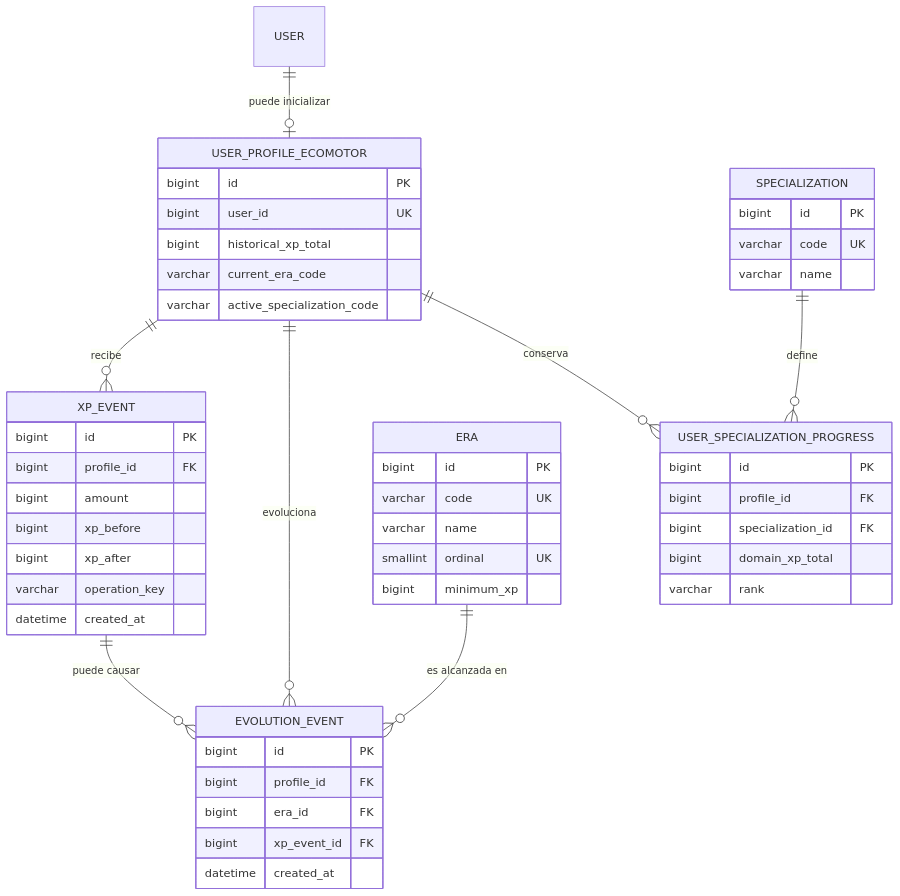
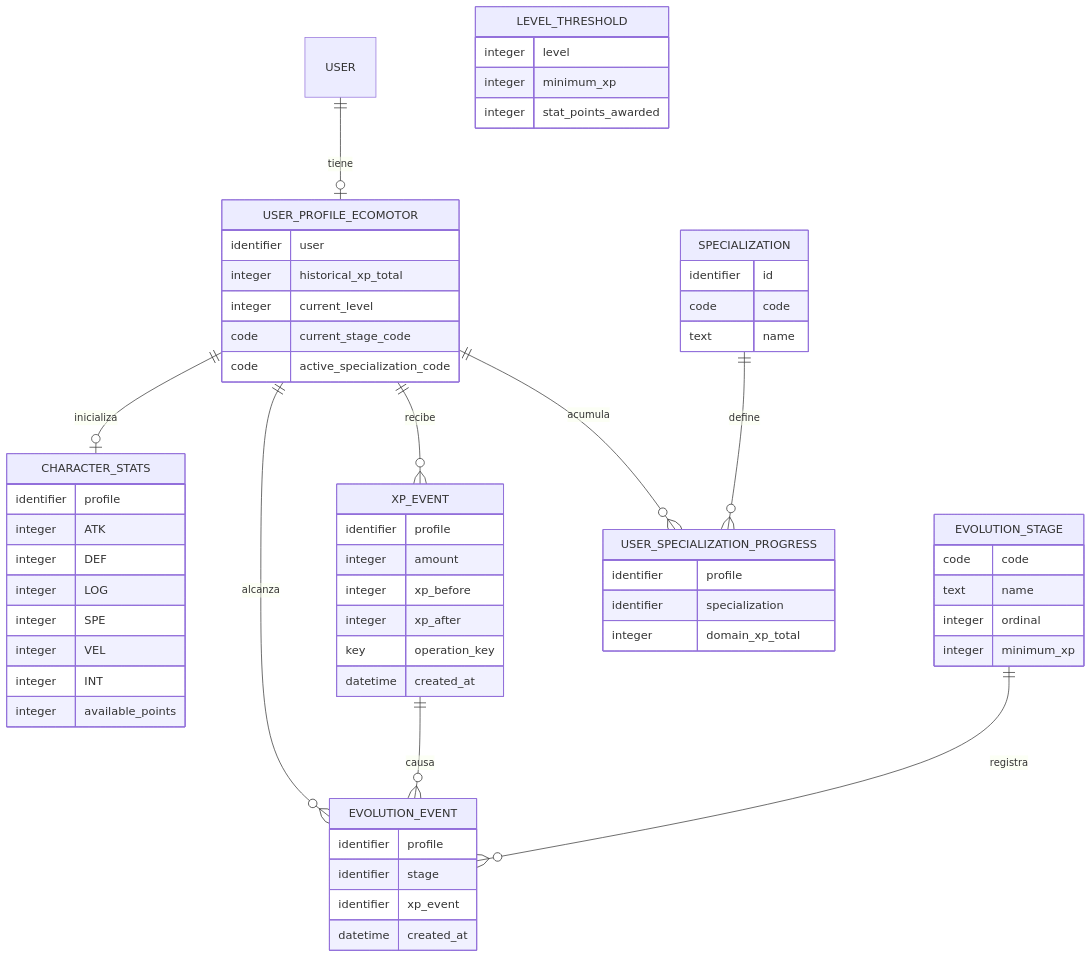
The diagram in docs/erd/ecomotor.md (Martret92/duckyarenas-team5), drawn with Mermaid before and after one commit. The commit also changed other lines of this file and 4 other files, not shown here.

First line of the commit message:
Docs/ecomotor erd v2 provisional (#17)

````diff
--- a/docs/erd/ecomotor.md
+++ b/docs/erd/ecomotor.md
@@ -118,62 +27,63 @@
 ```mermaid
 erDiagram
-    USER ||--o| USER_PROFILE_ECOMOTOR : "puede inicializar"
-
-    USER_PROFILE_ECOMOTOR ||--o{ XP_EVENT : "recibe"
-    USER_PROFILE_ECOMOTOR ||--o{ EVOLUTION_EVENT : "evoluciona"
-    USER_PROFILE_ECOMOTOR ||--o{ USER_SPECIALIZATION_PROGRESS : "conserva"
-
-    XP_EVENT ||--o{ EVOLUTION_EVENT : "puede causar"
-
-    ERA ||--o{ EVOLUTION_EVENT : "es alcanzada en"
-
-    SPECIALIZATION ||--o{ USER_SPECIALIZATION_PROGRESS : "define"
-
+    USER ||--o| USER_PROFILE_ECOMOTOR : tiene
+    USER_PROFILE_ECOMOTOR ||--o| CHARACTER_STATS : inicializa
+    USER_PROFILE_ECOMOTOR ||--o{ XP_EVENT : recibe
+    USER_PROFILE_ECOMOTOR ||--o{ EVOLUTION_EVENT : alcanza
+    XP_EVENT ||--o{ EVOLUTION_EVENT : causa
+    EVOLUTION_STAGE ||--o{ EVOLUTION_EVENT : registra
+    USER_PROFILE_ECOMOTOR ||--o{ USER_SPECIALIZATION_PROGRESS : acumula
+    SPECIALIZATION ||--o{ USER_SPECIALIZATION_PROGRESS : define
     USER_PROFILE_ECOMOTOR {
-        bigint id PK
-        bigint user_id UK
-        bigint historical_xp_total
-        varchar current_era_code
-        varchar active_specialization_code
+        identifier user
+        integer historical_xp_total
+        integer current_level
+        code current_stage_code
+        code active_specialization_code
     }
-
-    ERA {
-        bigint id PK
-        varchar code UK
-        varchar name
-        smallint ordinal UK
-        bigint minimum_xp
+    CHARACTER_STATS {
+        identifier profile
+        integer ATK
+        integer DEF
+        integer LOG
+        integer SPE
+        integer VEL
+        integer INT
+        integer available_points
     }
-
+    LEVEL_THRESHOLD {
+        integer level
+        integer minimum_xp
+        integer stat_points_awarded
+    }
+    EVOLUTION_STAGE {
+        code code
+        text name
+        integer ordinal
+        integer minimum_xp
+    }
     XP_EVENT {
-        bigint id PK
-        bigint profile_id FK
-        bigint amount
-        bigint xp_before
-        bigint xp_after
-        varchar operation_key
+        identifier profile
+        integer amount
+        integer xp_before
+        integer xp_after
+        key operation_key
         datetime created_at
     }
-
     EVOLUTION_EVENT {
-        bigint id PK
-        bigint profile_id FK
-        bigint era_id FK
-        bigint xp_event_id FK
+        identifier profile
+        identifier stage
+        identifier xp_event
         datetime created_at
     }
-
     SPECIALIZATION {
-        bigint id PK
-        varchar code UK
-        varchar name
+        identifier id
+        code code
+        text name
     }
-
     USER_SPECIALIZATION_PROGRESS {
-        bigint id PK
-        bigint profile_id FK
-        bigint specialization_id FK
-        bigint domain_xp_total
-        varchar rank
+        identifier profile
+        identifier specialization
+        integer domain_xp_total
     }
 ```
````
